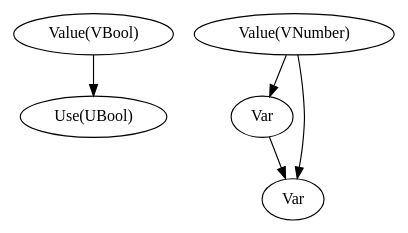
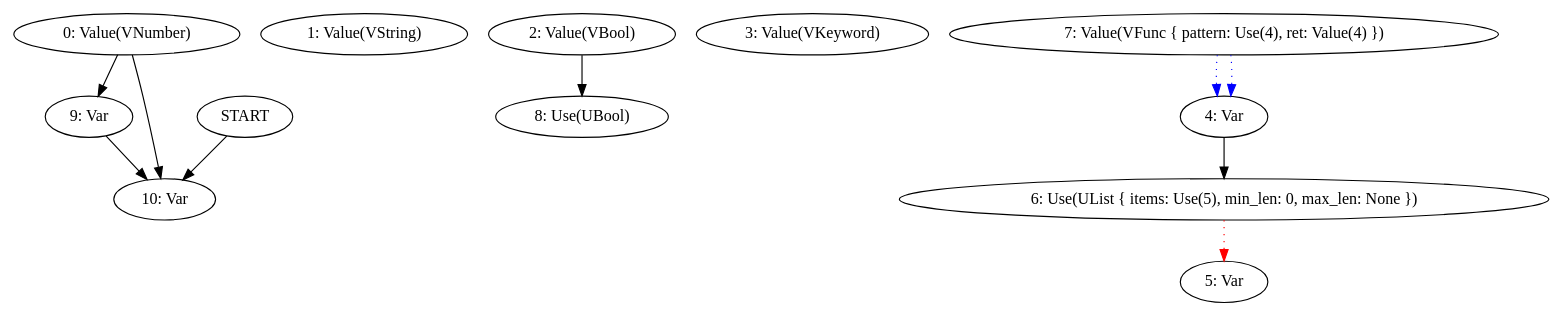
One commit to frondeus/project-s changed the first of 2 diagrams in docs/log/2025-06-16.md. Above: the diagram before and after it, drawn with Graphviz. The commit also changed other lines of this file and 9 other files, not shown here.

````diff
--- a/docs/log/2025-06-16.md
+++ b/docs/log/2025-06-16.md
@@ -16,14 +16,25 @@
 ```graphviz
 digraph G {
-N0 [label="Value(VBool)"];
-N1 [label="Use(UBool)"];
-N2 [label="Value(VNumber)"];
-N3 [label="Var"];
-N4 [label="Var"];
-N0 -> N1;
-N2 -> N3;
-N2 -> N4;
-N3 -> N4;
+N0 [label="0: Value(VNumber)"];
+N1 [label="1: Value(VString)"];
+N2 [label="2: Value(VBool)"];
+N3 [label="3: Value(VKeyword)"];
+N4 [label="4: Var"];
+N5 [label="5: Var"];
+N6 [label="6: Use(UList { items: Use(5), min_len: 0, max_len: None })"];
+N7 [label="7: Value(VFunc { pattern: Use(4), ret: Value(4) })"];
+N8 [label="8: Use(UBool)"];
+N9 [label="9: Var"];
+N10 [label="10: Var"];
+START -> N10
+N6 -> N5 [color=red, style=dotted];
+N7 -> N4 [color=blue, style=dotted];
+N7 -> N4 [color=blue, style=dotted];
+N0 -> N9;
+N0 -> N10;
+N2 -> N8;
+N4 -> N6;
+N9 -> N10;
 }
 
 ```
````
